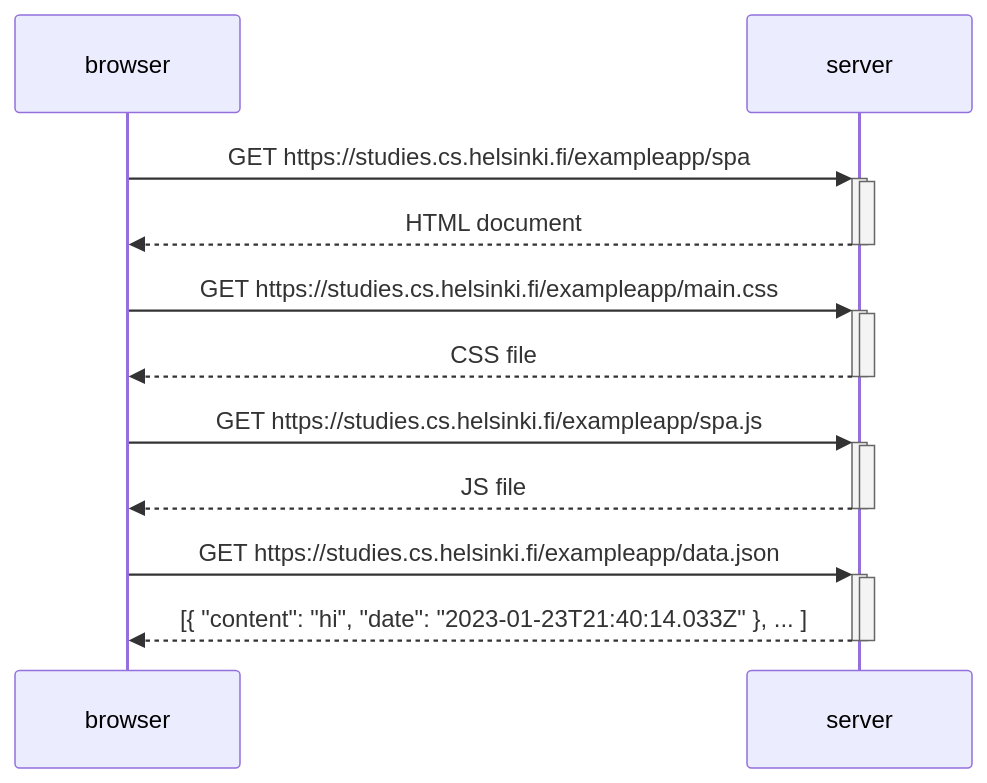
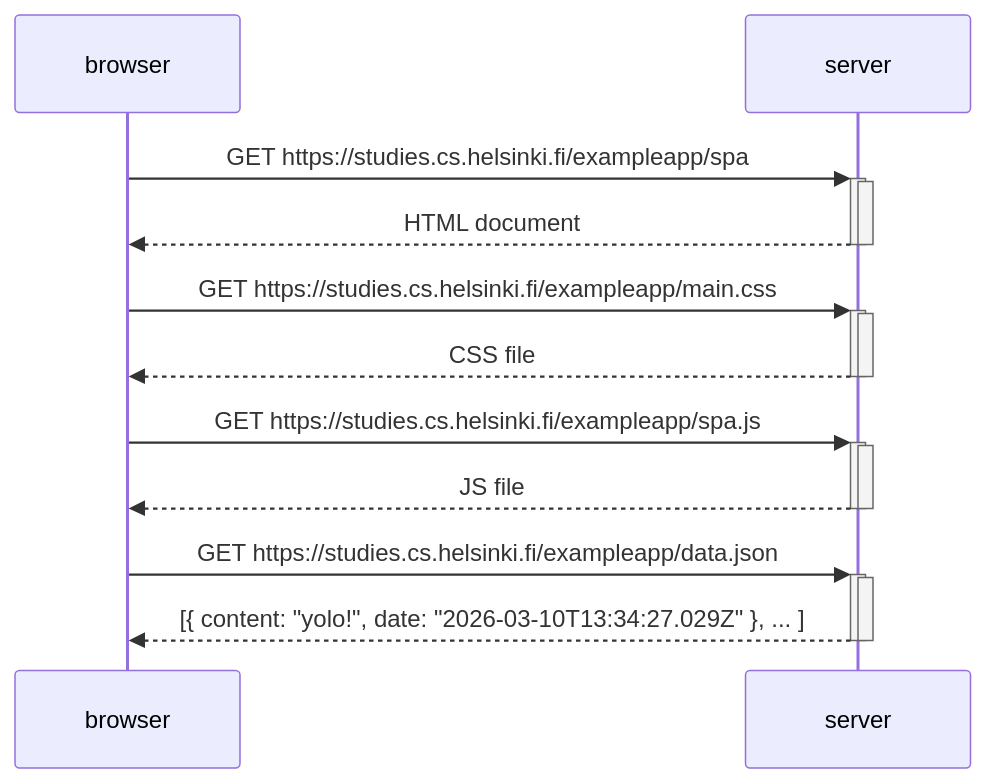
Before and after one commit to strasmus1/fullstack-open-part0: the diagram in exercise-0.5.md, drawn with Mermaid.

````diff
--- a/exercise-0.5.md
+++ b/exercise-0.5.md
@@ -1,22 +1,22 @@
 ```mermaid
   sequenceDiagram
     browser->>+server: GET https://studies.cs.helsinki.fi/exampleapp/spa
     activate server
     server-->>-browser: HTML document
     deactivate server
     
     browser->>+server: GET https://studies.cs.helsinki.fi/exampleapp/main.css
     activate server
     server-->>-browser: CSS file
     deactivate server
     
     browser->>+server: GET https://studies.cs.helsinki.fi/exampleapp/spa.js
     activate server
     server-->>-browser: JS file
     deactivate server
     
     browser->>+server: GET https://studies.cs.helsinki.fi/exampleapp/data.json
     activate server
-    server-->>-browser: [{ "content": "hi", "date": "2023-01-23T21:40:14.033Z" }, ... ]
+    server-->>-browser: [{ content: "yolo!", date: "2026-03-10T13:34:27.029Z" }, ... ]
     deactivate server
  ```
````
